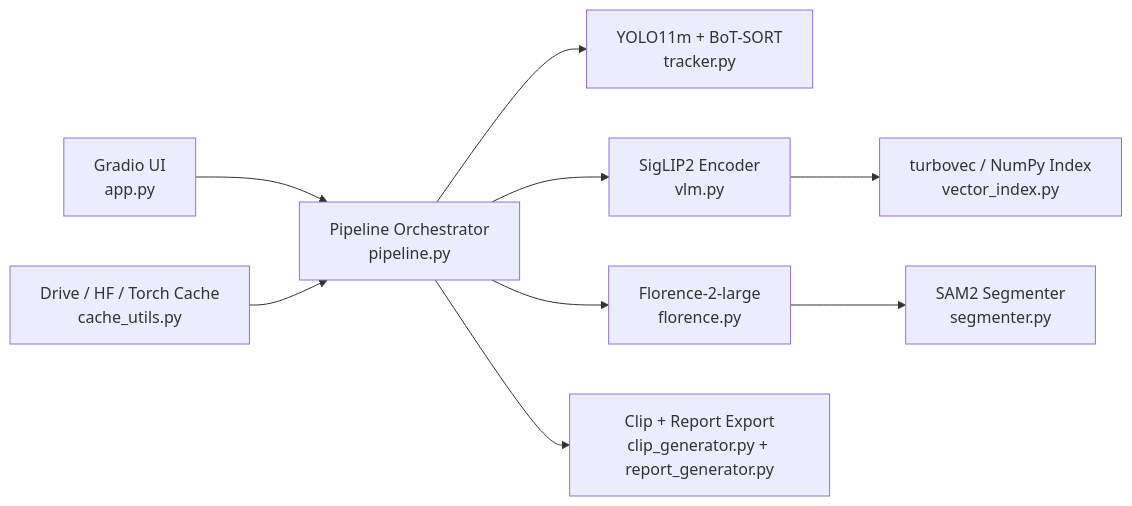
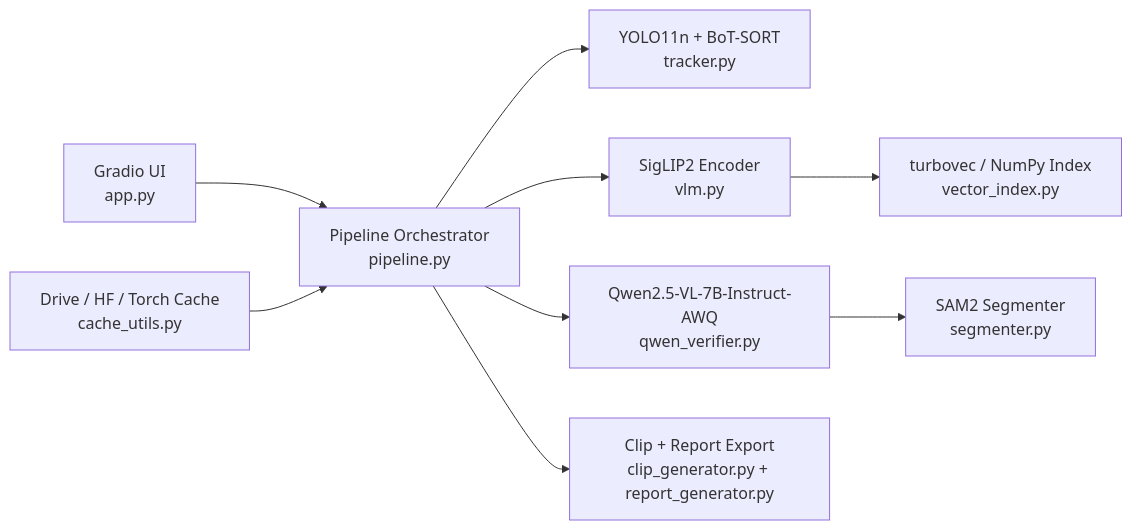
Before and after one commit to priyansupattanaik/visionguard-ai: the first of 2 diagrams in PROJECT_DOCUMENTATION.md, drawn with Mermaid. The commit also changed other lines of this file and 10 other files, not shown here.

````diff
--- a/PROJECT_DOCUMENTATION.md
+++ b/PROJECT_DOCUMENTATION.md
@@ -134,21 +150,21 @@
 ```mermaid
 flowchart LR
     UI["Gradio UI<br/>app.py"]
     PIPE["Pipeline Orchestrator<br/>pipeline.py"]
-    DET["YOLO11m + BoT-SORT<br/>tracker.py"]
+    DET["YOLO11n + BoT-SORT<br/>tracker.py"]
     RET["SigLIP2 Encoder<br/>vlm.py"]
     IDX["turbovec / NumPy Index<br/>vector_index.py"]
-    FLO["Florence-2-large<br/>florence.py"]
+    QWEN["Qwen2.5-VL-7B-Instruct-AWQ<br/>qwen_verifier.py"]
     SEG["SAM2 Segmenter<br/>segmenter.py"]
     CLIP["Clip + Report Export<br/>clip_generator.py + report_generator.py"]
     CACHE["Drive / HF / Torch Cache<br/>cache_utils.py"]
 
     UI --> PIPE
     PIPE --> DET
     PIPE --> RET
     RET --> IDX
-    PIPE --> FLO
-    FLO --> SEG
+    PIPE --> QWEN
+    QWEN --> SEG
     PIPE --> CLIP
     CACHE --> PIPE
 ```
````
